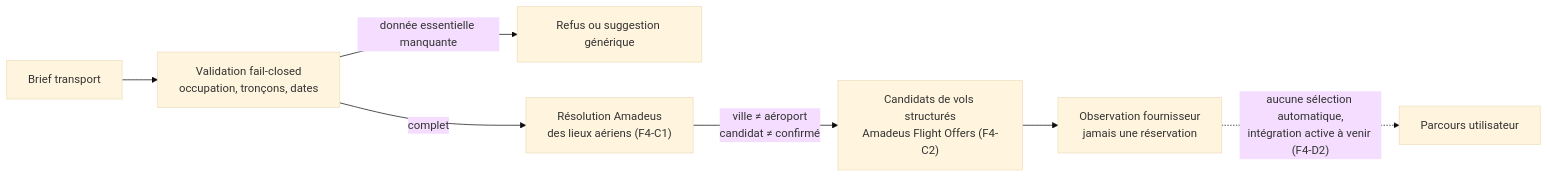
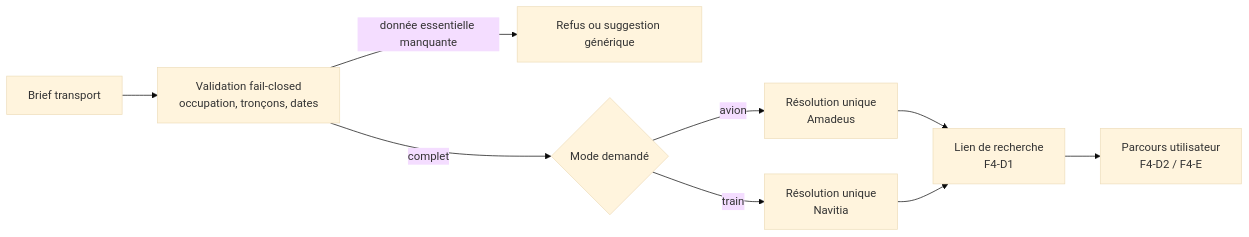
The sixth of 9 diagrams in docs/architecture/README.md (loties1533/experience-ai), drawn with Mermaid (base theme) before and after one commit. The commit also changed other lines of this file and 14 other files, not shown here.

````diff
--- a/docs/architecture/README.md
+++ b/docs/architecture/README.md
@@ -148,9 +175,11 @@
 ```mermaid
 flowchart LR
     B["Brief transport"] --> V["Validation fail-closed<br/>occupation, tronçons, dates"]
     V -->|"donnée essentielle manquante"| REF["Refus ou suggestion générique"]
-    V -->|"complet"| RES["Résolution Amadeus<br/>des lieux aériens (F4-C1)"]
-    RES -->|"ville ≠ aéroport<br/>candidat ≠ confirmé"| CAND["Candidats de vols structurés<br/>Amadeus Flight Offers (F4-C2)"]
-    CAND --> OBS["Observation fournisseur<br/>jamais une réservation"]
-    OBS -. "aucune sélection automatique,<br/>intégration active à venir (F4-D2)" .-> INT["Parcours utilisateur"]
+    V -->|"complet"| MODE{"Mode demandé"}
+    MODE -->|"avion"| AIR["Résolution unique<br/>Amadeus"]
+    MODE -->|"train"| RAIL["Résolution unique<br/>Navitia"]
+    AIR --> LIEN["Lien de recherche<br/>F4-D1"]
+    RAIL --> LIEN
+    LIEN --> INT["Parcours utilisateur<br/>F4-D2 / F4-E"]
 ```
````
